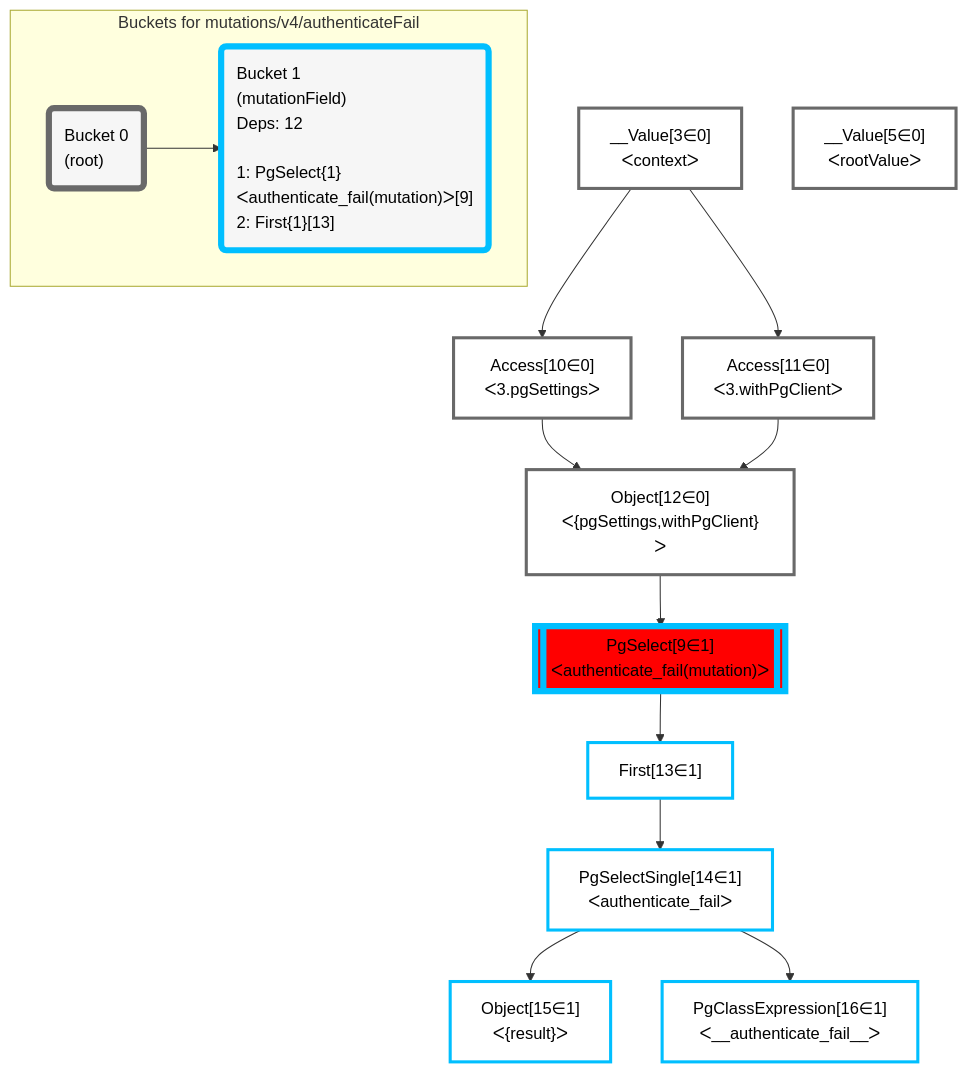
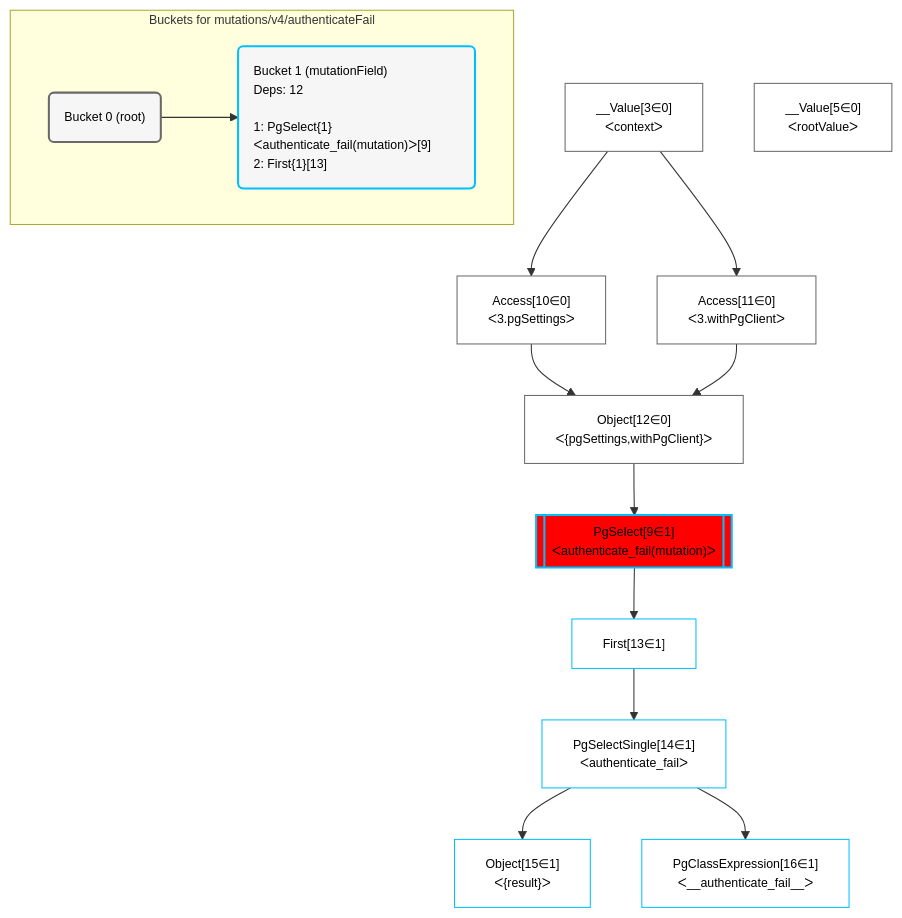
One commit to graphile/crystal changed the diagram in postgraphile/postgraphile/__tests__/mutations/v4/authenticateFail.mermaid. Above: the diagram before and after it, drawn with Mermaid. The commit also changed 75 other files, not shown here.

Commit message:
Styling tweaks to mermaid snapshots

```diff
--- a/postgraphile/postgraphile/__tests__/mutations/v4/authenticateFail.mermaid
+++ b/postgraphile/postgraphile/__tests__/mutations/v4/authenticateFail.mermaid
@@ -1,39 +1,40 @@
+%%{init: {'themeVariables': { 'fontSize': '12px'}}}%%
 graph TD
     classDef path fill:#eee,stroke:#000,color:#000
-    classDef plan fill:#fff,stroke-width:3px,color:#000
-    classDef itemplan fill:#fff,stroke-width:6px,color:#000
-    classDef sideeffectplan fill:#f00,stroke-width:6px,color:#000
-    classDef bucket fill:#f6f6f6,color:#000,stroke-width:6px,text-align:left
+    classDef plan fill:#fff,stroke-width:1px,color:#000
+    classDef itemplan fill:#fff,stroke-width:2px,color:#000
+    classDef sideeffectplan fill:#f00,stroke-width:2px,color:#000
+    classDef bucket fill:#f6f6f6,color:#000,stroke-width:2px,text-align:left
 
 
     %% define steps
     __Value3["__Value[3∈0]<br />ᐸcontextᐳ"]:::plan
     __Value5["__Value[5∈0]<br />ᐸrootValueᐳ"]:::plan
     Access10["Access[10∈0]<br />ᐸ3.pgSettingsᐳ"]:::plan
     Access11["Access[11∈0]<br />ᐸ3.withPgClientᐳ"]:::plan
     Object12["Object[12∈0]<br />ᐸ{pgSettings,withPgClient}ᐳ"]:::plan
     PgSelect9[["PgSelect[9∈1]<br />ᐸauthenticate_fail(mutation)ᐳ"]]:::sideeffectplan
     First13["First[13∈1]"]:::plan
     PgSelectSingle14["PgSelectSingle[14∈1]<br />ᐸauthenticate_failᐳ"]:::plan
     Object15["Object[15∈1]<br />ᐸ{result}ᐳ"]:::plan
     PgClassExpression16["PgClassExpression[16∈1]<br />ᐸ__authenticate_fail__ᐳ"]:::plan
 
     %% plan dependencies
     __Value3 --> Access10
     __Value3 --> Access11
     Access10 & Access11 --> Object12
     Object12 --> PgSelect9
     PgSelect9 --> First13
     First13 --> PgSelectSingle14
     PgSelectSingle14 --> Object15
     PgSelectSingle14 --> PgClassExpression16
 
     subgraph "Buckets for mutations/v4/authenticateFail"
-    Bucket0("Bucket 0<br />(root)"):::bucket
+    Bucket0("Bucket 0 (root)"):::bucket
     classDef bucket0 stroke:#696969
     class Bucket0,__Value3,__Value5,Access10,Access11,Object12 bucket0
-    Bucket1("Bucket 1<br />(mutationField)<br />Deps: 12<br /><br />1: PgSelect{1}ᐸauthenticate_fail(mutation)ᐳ[9]<br />2: First{1}[13]"):::bucket
+    Bucket1("Bucket 1 (mutationField)<br />Deps: 12<br /><br />1: PgSelect{1}ᐸauthenticate_fail(mutation)ᐳ[9]<br />2: First{1}[13]"):::bucket
     classDef bucket1 stroke:#00bfff
     class Bucket1,PgSelect9,First13,PgSelectSingle14,Object15,PgClassExpression16 bucket1
     Bucket0 --> Bucket1
     end
```
